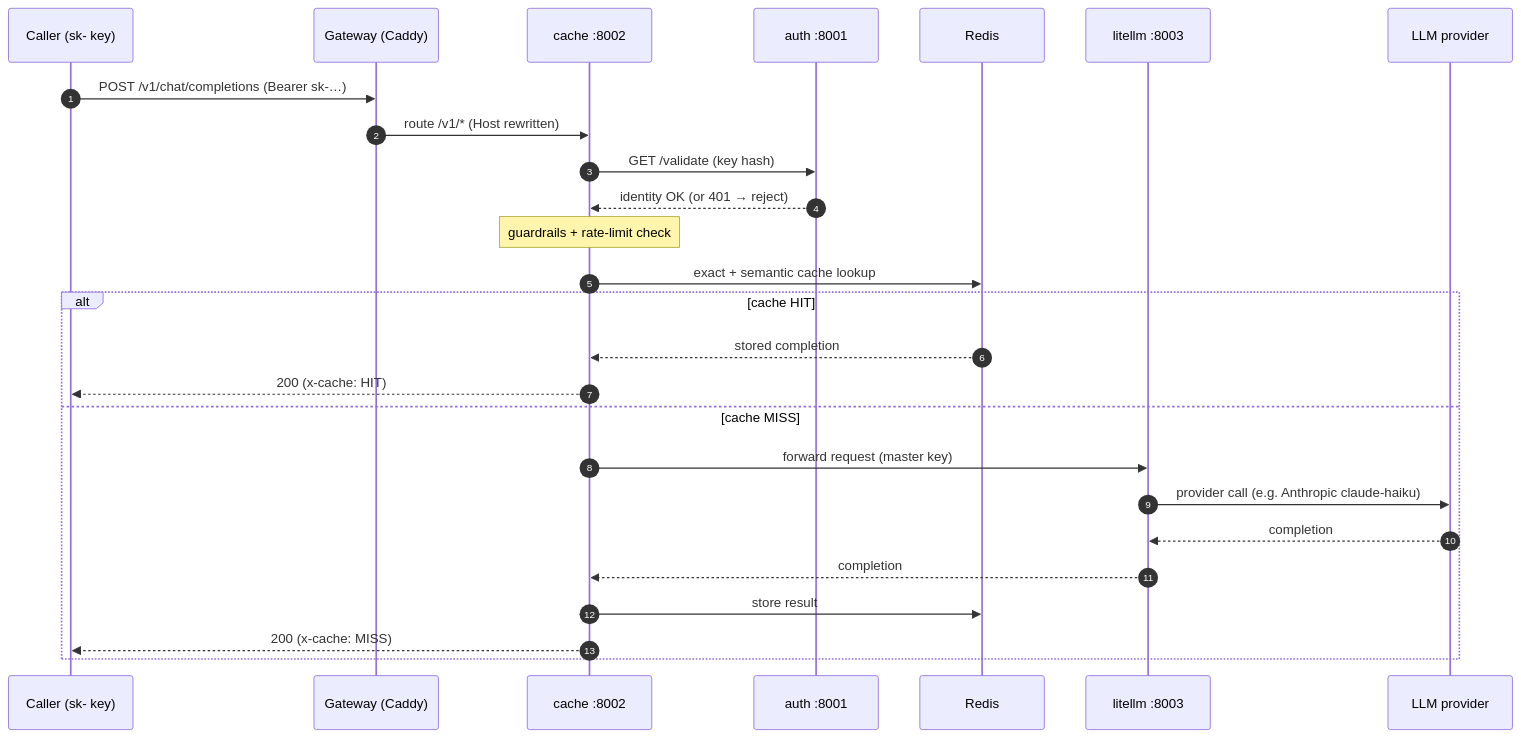
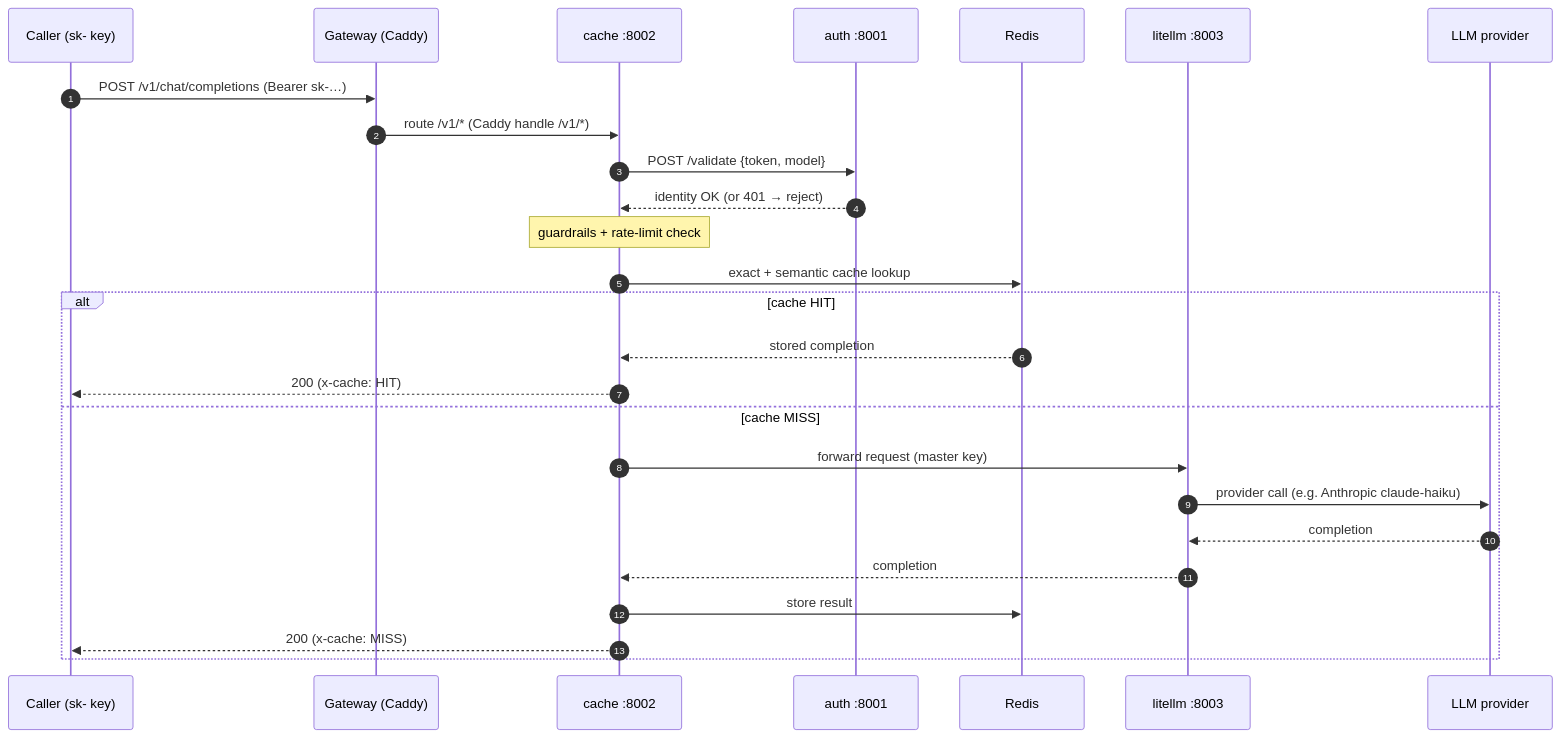
One commit to SimCorp/ai-gw changed the second of 3 diagrams in docs/architecture/ai-gw-architecture.md. Above: the diagram before and after it, drawn with Mermaid. The commit also changed other lines of this file and 5 other files, not shown here.

First line of the commit message:
docs(arch): update diagrams and architecture doc for single-host VM deployment

````diff
--- a/docs/architecture/ai-gw-architecture.md
+++ b/docs/architecture/ai-gw-architecture.md
@@ -117,29 +120,29 @@
 ```mermaid
 sequenceDiagram
   autonumber
   participant C as Caller (sk- key)
   participant G as Gateway (Caddy)
   participant Ca as cache :8002
   participant A as auth :8001
   participant R as Redis
   participant L as litellm :8003
   participant P as LLM provider
 
   C->>G: POST /v1/chat/completions  (Bearer sk-…)
-  G->>Ca: route /v1/* (Host rewritten)
-  Ca->>A: GET /validate (key hash)
+  G->>Ca: route /v1/*  (Caddy handle /v1/*)
+  Ca->>A: POST /validate  {token, model}
   A-->>Ca: identity OK (or 401 → reject)
   Note over Ca: guardrails + rate-limit check
   Ca->>R: exact + semantic cache lookup
   alt cache HIT
     R-->>Ca: stored completion
     Ca-->>C: 200  (x-cache: HIT)
   else cache MISS
     Ca->>L: forward request (master key)
     L->>P: provider call (e.g. Anthropic claude-haiku)
     P-->>L: completion
     L-->>Ca: completion
     Ca->>R: store result
     Ca-->>C: 200  (x-cache: MISS)
   end
 ```
````
